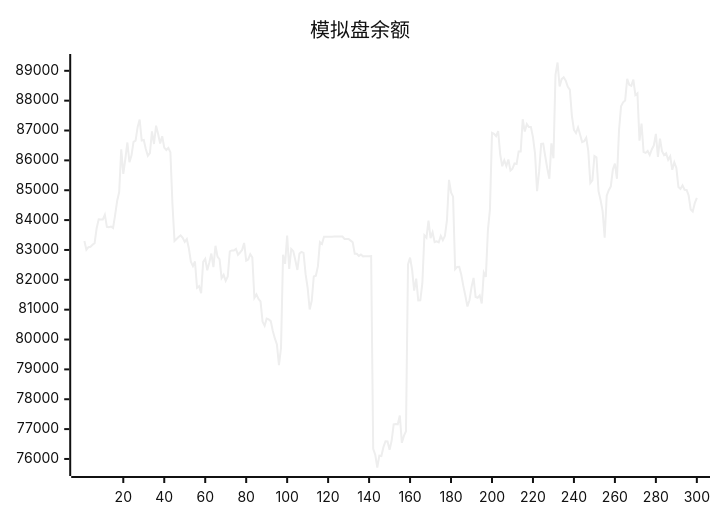
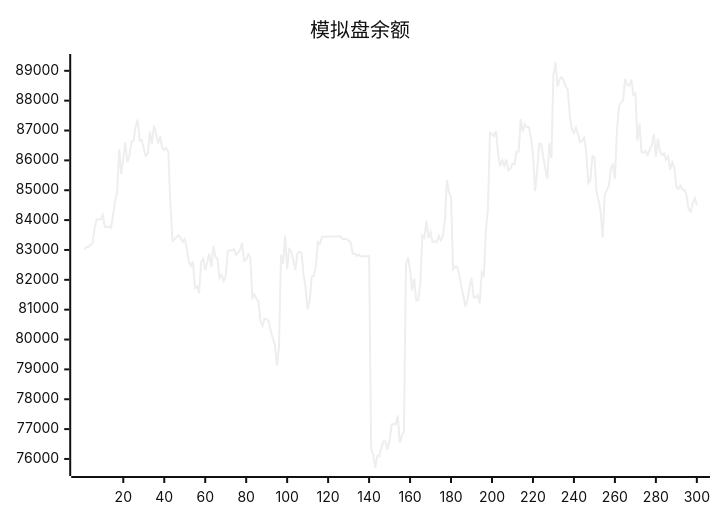
The diagram in README.md (aahl/ai-trading), drawn with Mermaid (neutral theme) before and after one commit. The commit also changed other lines of this file and 1 other file, not shown here.

````diff
--- a/README.md
+++ b/README.md
@@ -5,5 +5,5 @@
 ```mermaid
 xychart
     title "模拟盘余额"
-    line [83298,83008,83093,83107,83175,83228,83729,84025,84017,84019,84177,83775,83762,83785,83738,84160,84639,84939,86370,85548,86046,86599,85942,86161,86622,86664,87115,87369,86666,86685,86384,86152,86243,86969,86548,87164,86885,86566,86809,86427,86348,86417,86273,84538,83299,83369,83430,83490,83404,83270,83362,83056,82605,82459,82614,81734,81788,81551,82598,82702,82320,82580,82878,82426,83139,82778,82686,82056,82166,81963,82110,82951,82983,82984,83038,82838,82915,82998,83235,82642,82682,82858,82746,81396,81512,81362,81277,80600,80461,80699,80673,80616,80288,80038,79836,79142,79722,82837,82533,83480,82366,83032,82960,82654,82330,82883,82934,82901,82188,81728,81005,81298,82110,82135,82449,83264,83203,83440,83439,83440,83440,83446,83447,83448,83447,83448,83449,83369,83369,83369,83313,83256,82872,82873,82801,82844,82785,82791,82791,82793,82794,76339,76145,75714,76110,76096,76397,76594,76585,76310,76607,77160,77170,77160,77456,76541,76774,76927,82520,82744,82337,81639,82040,81307,81314,81887,83490,83414,83984,83396,83594,83261,83287,83253,83470,83327,83465,83987,85348,84930,84786,82355,82433,82438,82167,81795,81466,81105,81315,81756,82064,81426,81398,81481,81210,82242,82099,83658,84359,86925,86892,86814,86980,86203,85802,86003,85811,86028,85657,85721,85896,85880,86300,86299,87378,86965,87214,87115,87118,86780,86238,84966,85623,86555,86562,86129,85722,85387,86569,86070,88870,89278,88477,88720,88781,88668,88467,88372,87493,87018,86917,87102,86870,86613,86644,86758,86317,85242,85334,86149,86106,84968,84671,84302,83410,84816,85001,85127,85693,85891,85384,87001,87811,87945,88007,88734,88528,88495,88705,88189,88248,86662,87234,86279,86251,86314,86177,86364,86503,86886,86114,86731,86310,86176,86240,86017,86136,85685,85938,85749,85111,85044,85164,85016,85008,84824,84354,84287,84572,84745]
+    line [83008,83093,83107,83175,83228,83729,84025,84017,84019,84177,83775,83762,83785,83738,84160,84639,84939,86370,85548,86046,86599,85942,86161,86622,86664,87115,87369,86666,86685,86384,86152,86243,86969,86548,87164,86885,86566,86809,86427,86348,86417,86273,84538,83299,83369,83430,83490,83404,83270,83362,83056,82605,82459,82614,81734,81788,81551,82598,82702,82320,82580,82878,82426,83139,82778,82686,82056,82166,81963,82110,82951,82983,82984,83038,82838,82915,82998,83235,82642,82682,82858,82746,81396,81512,81362,81277,80600,80461,80699,80673,80616,80288,80038,79836,79142,79722,82837,82533,83480,82366,83032,82960,82654,82330,82883,82934,82901,82188,81728,81005,81298,82110,82135,82449,83264,83203,83440,83439,83440,83440,83446,83447,83448,83447,83448,83449,83369,83369,83369,83313,83256,82872,82873,82801,82844,82785,82791,82791,82793,82794,76339,76145,75714,76110,76096,76397,76594,76585,76310,76607,77160,77170,77160,77456,76541,76774,76927,82520,82744,82337,81639,82040,81307,81314,81887,83490,83414,83984,83396,83594,83261,83287,83253,83470,83327,83465,83987,85348,84930,84786,82355,82433,82438,82167,81795,81466,81105,81315,81756,82064,81426,81398,81481,81210,82242,82099,83658,84359,86925,86892,86814,86980,86203,85802,86003,85811,86028,85657,85721,85896,85880,86300,86299,87378,86965,87214,87115,87118,86780,86238,84966,85623,86555,86562,86129,85722,85387,86569,86070,88870,89278,88477,88720,88781,88668,88467,88372,87493,87018,86917,87102,86870,86613,86644,86758,86317,85242,85334,86149,86106,84968,84671,84302,83410,84816,85001,85127,85693,85891,85384,87001,87811,87945,88007,88734,88528,88495,88705,88189,88248,86662,87234,86279,86251,86314,86177,86364,86503,86886,86114,86731,86310,86176,86240,86017,86136,85685,85938,85749,85111,85044,85164,85016,85008,84824,84354,84287,84572,84745,84500]
 ```
````
